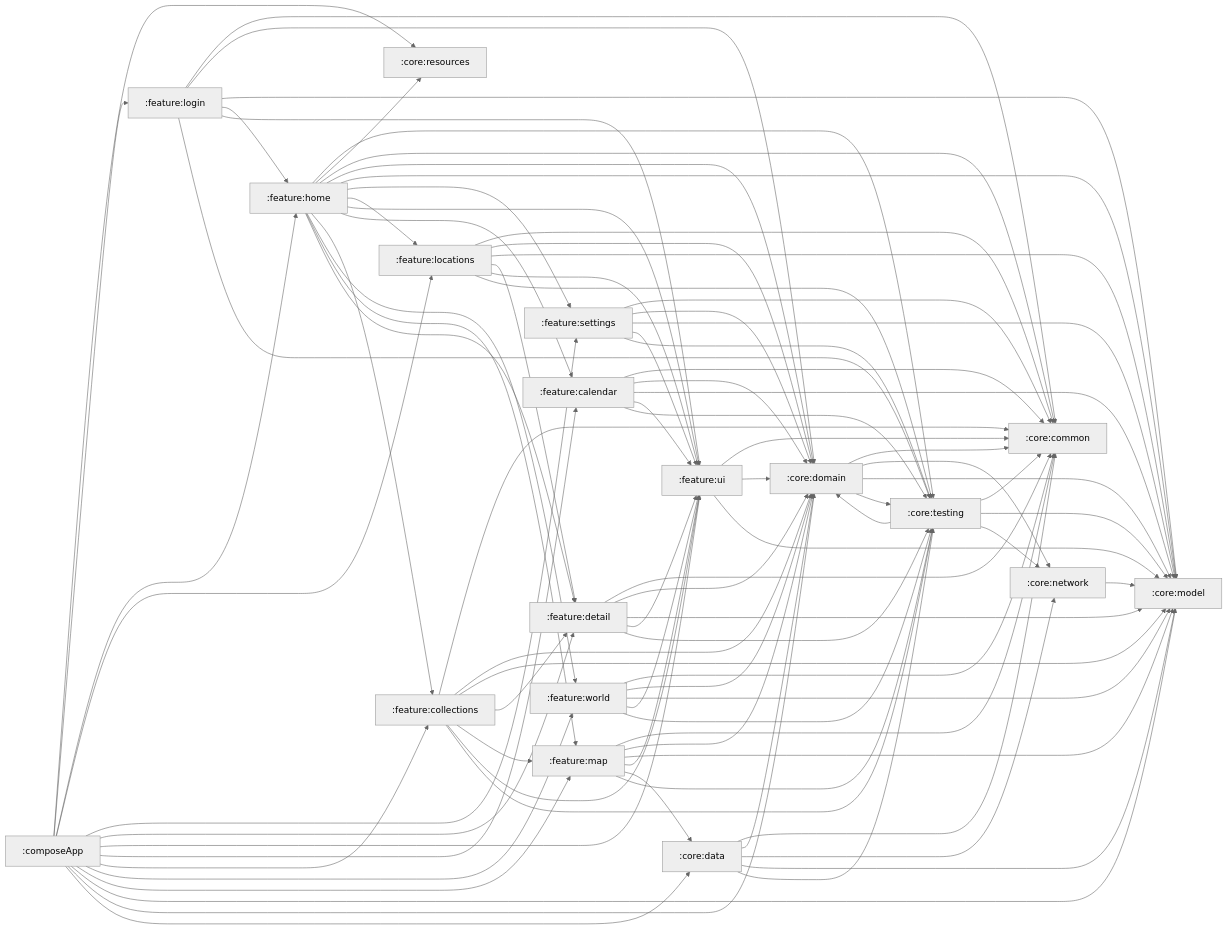
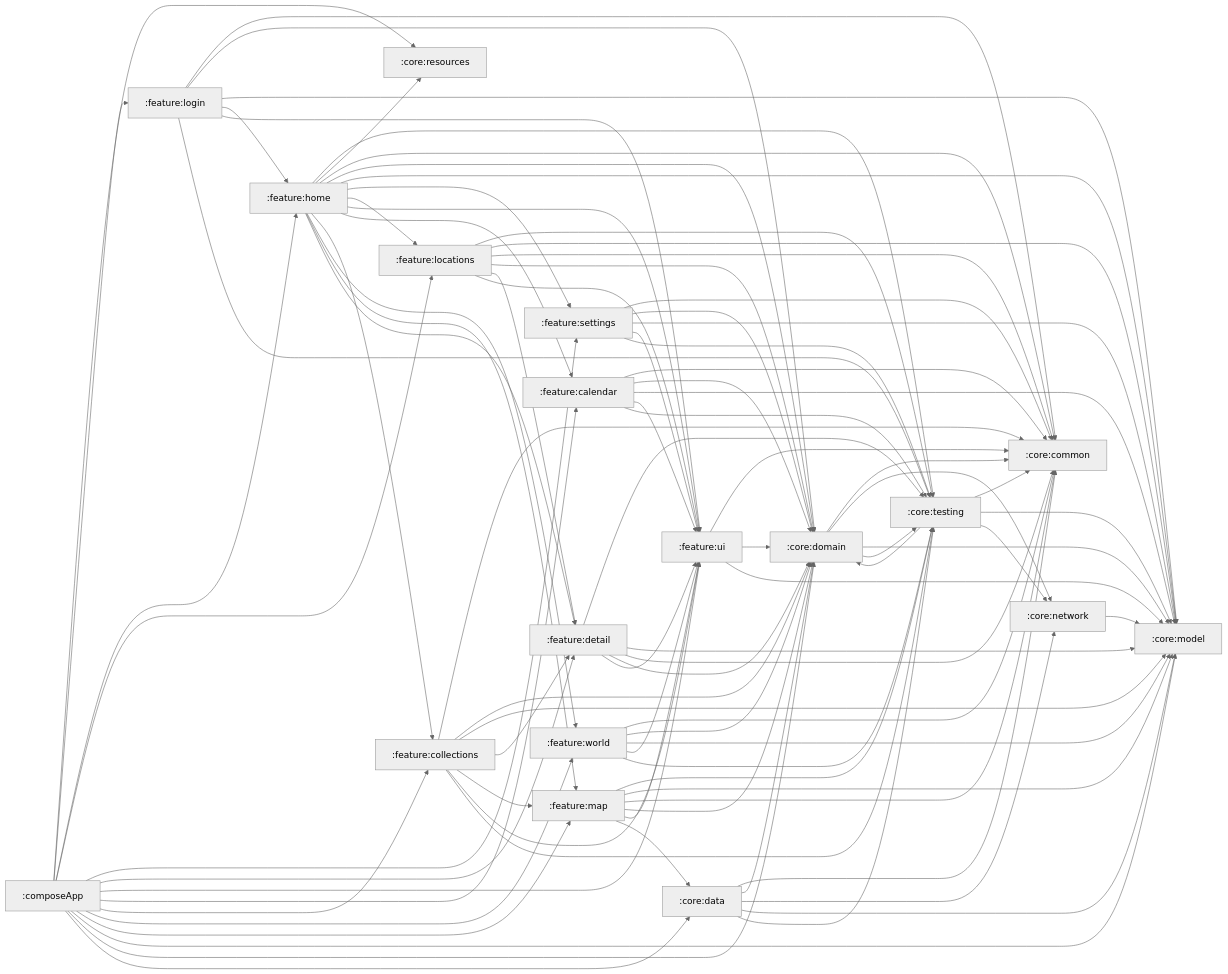
The diagram in README.md (DesarrolloAntonio/AdventureLog-Client), drawn with Mermaid before and after one commit. The commit also changed other lines of this file and 56 other files, not shown here.

````diff
--- a/README.md
+++ b/README.md
@@ -134,12 +178,12 @@
   :feature:collections --> :feature:map
   :feature:collections --> :feature:ui
   :feature:collections --> :core:testing
+  :feature:locations --> :core:testing
+  :feature:locations --> :core:model
   :feature:locations --> :core:common
   :feature:locations --> :core:domain
-  :feature:locations --> :core:model
   :feature:locations --> :feature:detail
   :feature:locations --> :feature:ui
-  :feature:locations --> :core:testing
   :feature:settings --> :core:common
   :feature:settings --> :core:domain
   :feature:settings --> :core:model
@@ -194,15 +238,15 @@
   :feature:ui --> :core:common
   :feature:ui --> :core:domain
   :feature:ui --> :core:model
+  :feature:detail --> :core:testing
+  :feature:detail --> :core:model
   :feature:detail --> :core:common
   :feature:detail --> :core:domain
-  :feature:detail --> :core:model
   :feature:detail --> :feature:ui
-  :feature:detail --> :core:testing
+  :feature:map --> :core:testing
+  :feature:map --> :core:model
   :feature:map --> :core:common
   :feature:map --> :core:domain
-  :feature:map --> :core:model
   :feature:map --> :feature:ui
   :feature:map --> :core:data
-  :feature:map --> :core:testing
 ```
````
